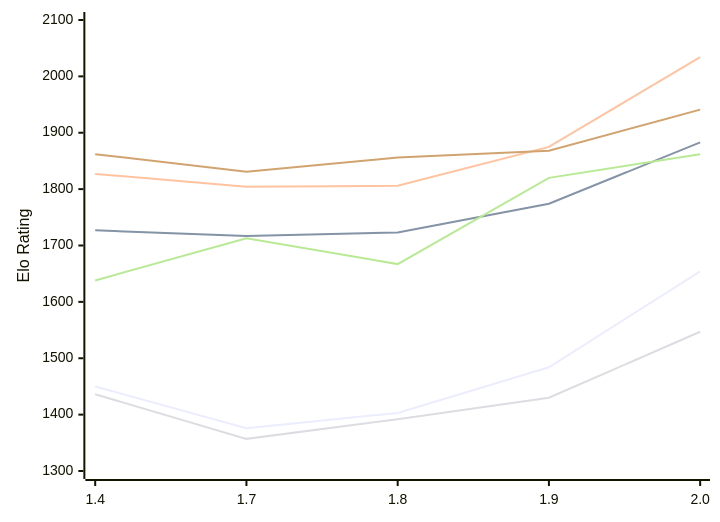
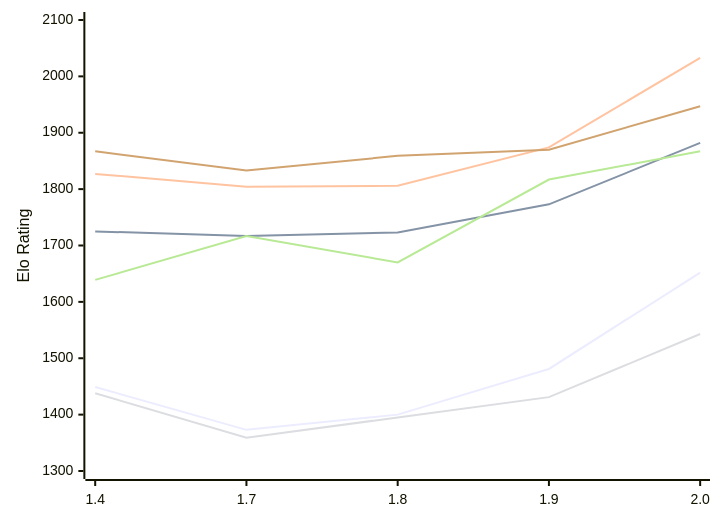
The diagram in engines/Russell.md (computer-chess-index/cci), drawn with Mermaid before and after one commit. The commit also changed other lines of this file, not shown here.

Commit message:
Update CCI Ratings (ELO VLTC) - 2026-11-17

````diff
--- a/engines/Russell.md
+++ b/engines/Russell.md
@@ -55,12 +55,12 @@
 ```mermaid
 %%{init: {"theme":"base","themeVariables":{"seriesColors:['#a3a3a3','#222221','#faa371']}}}%%
 xychart-beta
   x-axis ["1.4", "1.7", "1.8", "1.9", "2.0"]
   y-axis "Elo Rating" 1300 --> 2100
-  line "E1: STC (8.0+0.08s)" [1450, 1376, 1403, 1484, 1654]
-  line "E1: LTC (60.0+0.60s)" [1727, 1717, 1723, 1774, 1883]
-  line "E1: VLTC (2m24s+1.12s)" [1827, 1804, 1806, 1875, 2034]
-  line "P1: STC (8.0+0.08s)" [1436, 1357, 1392, 1430, 1547]
-  line "P1: LTC (60.0+0.60s)" [1638, 1713, 1667, 1820, 1862]
-  line "P1: VLTC (2m24s+1.12s)" [1862, 1831, 1856, 1868, 1941]
+  line "E1: STC (8.0+0.08s)" [1449, 1373, 1400, 1481, 1652]
+  line "E1: LTC (60.0+0.60s)" [1725, 1717, 1723, 1773, 1882]
+  line "E1: VLTC (2m24s+1.12s)" [1827, 1804, 1806, 1874, 2033]
+  line "P1: STC (8.0+0.08s)" [1438, 1359, 1395, 1431, 1543]
+  line "P1: LTC (60.0+0.60s)" [1639, 1717, 1670, 1817, 1867]
+  line "P1: VLTC (2m24s+1.12s)" [1867, 1833, 1859, 1870, 1947]
 ```
````
